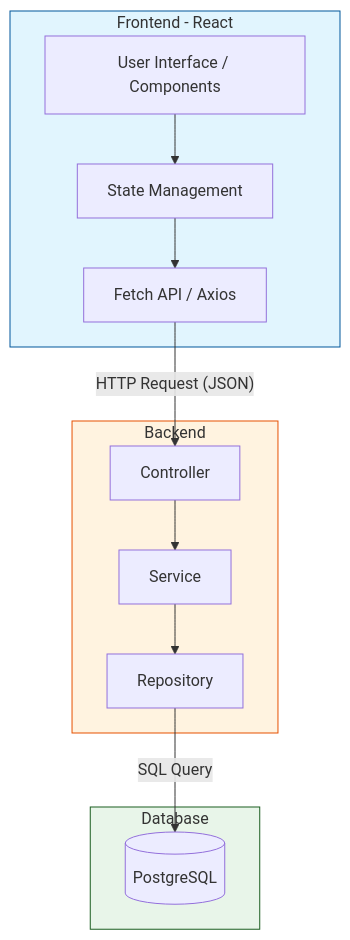
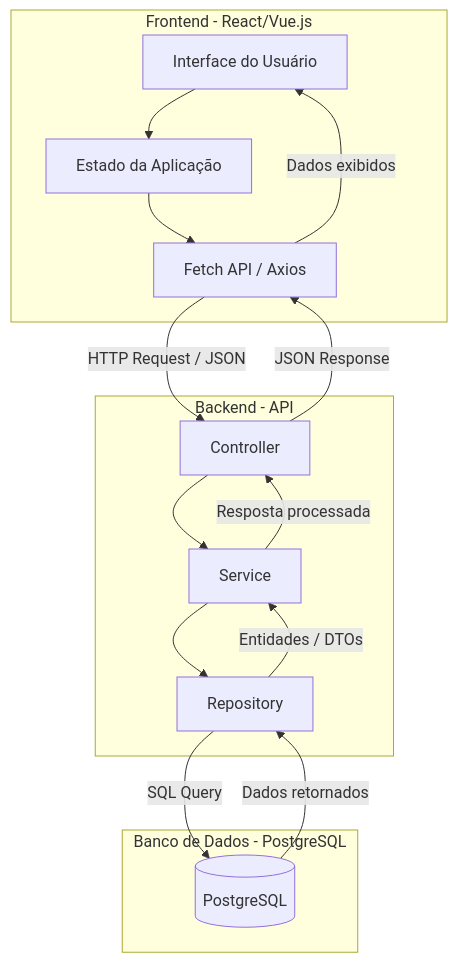
The second of 2 diagrams in docs/README.md (profmarciano/ESP_T2_ES_C4), drawn with Mermaid before and after one commit. The commit also changed other lines of this file, not shown here.

````diff
--- a/docs/README.md
+++ b/docs/README.md
@@ -9,34 +81,31 @@
 ```mermaid
 graph TD
-    subgraph Client_Layer [Frontend - React]
-        UI[User Interface / Components]
-        State[State Management]
-        Fetch[Fetch API / Axios]
+    subgraph Frontend["Frontend - React/Vue.js"]
+        UI["Interface do Usuário"]
+        State["Estado da Aplicação"]
+        Fetch["Fetch API / Axios"]
     end
 
-    subgraph API_Layer [Backend]
-        Controller[Controller]
-        Service[Service]
-        Repository[Repository]
+    subgraph Backend["Backend - API"]
+        Controller["Controller"]
+        Service["Service"]
+        Repository["Repository"]
     end
 
-    subgraph Data_Layer [Database]
-        DB[(PostgreSQL)]
+    subgraph Database["Banco de Dados - PostgreSQL"]
+        DB[("PostgreSQL")]
     end
 
-    %% Interactions
     UI --> State
     State --> Fetch
-    
-    Fetch -- "HTTP Request (JSON)" --> Controller
-    
+    Fetch -->|HTTP Request / JSON| Controller
+
     Controller --> Service
     Service --> Repository
-    
-    Repository -- "SQL Query" --> DB
-
-    %% Styling
-    style Client_Layer fill:#e1f5fe,stroke:#01579b
-    style API_Layer fill:#fff3e0,stroke:#e65100
-    style Data_Layer fill:#e8f5e9,stroke:#1b5e20
+    Repository -->|SQL Query| DB
+    DB -->|Dados retornados| Repository
+    Repository -->|Entidades / DTOs| Service
+    Service -->|Resposta processada| Controller
+    Controller -->|JSON Response| Fetch
+    Fetch -->|Dados exibidos| UI
 ```
````
